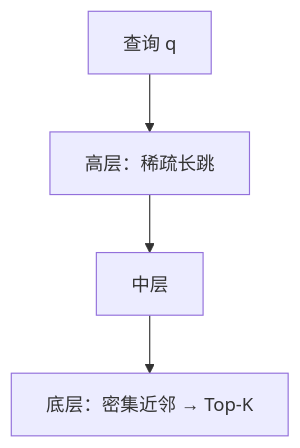
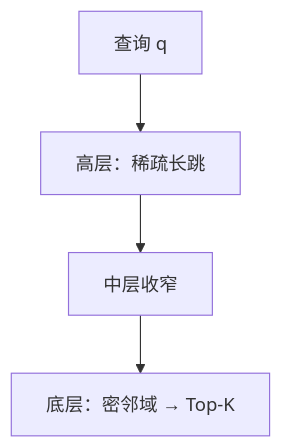
One commit to wolf-wolf/ai-tell-ai changed the second of 3 diagrams in docs/algorithms/ann.md. Above: the diagram before and after it, drawn with Mermaid. The commit also changed other lines of this file and 66 other files, not shown here.

First line of the commit message:
Expand wiki corpus, coverage graph, and Obsidian doc tooling.

````diff
--- a/docs/algorithms/ann.md
+++ b/docs/algorithms/ann.md
@@ -83,6 +156,6 @@
 ```mermaid
 flowchart TB
   Q["查询 q"] --> L2["高层：稀疏长跳"]
-  L2 --> L1["中层"]
-  L1 --> L0["底层：密集近邻 → Top-K"]
+  L2 --> L1["中层收窄"]
+  L1 --> L0["底层：密邻域 → Top-K"]
 ```
````
